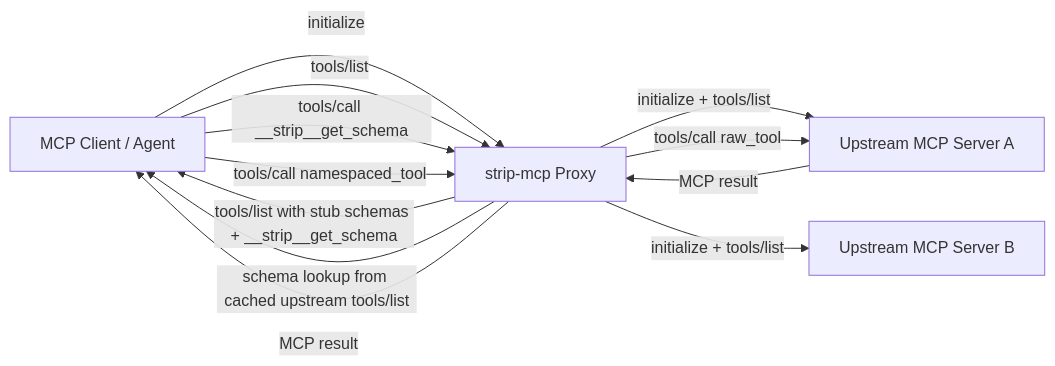
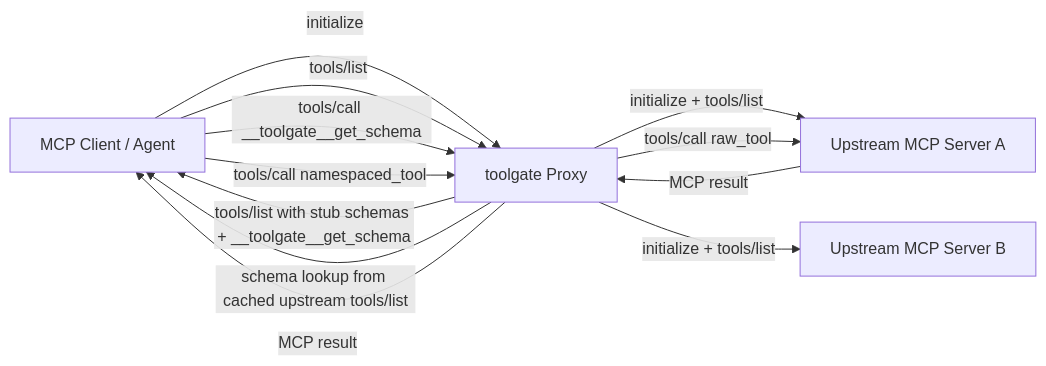
The second of 2 diagrams in docs/ARCHITECTURE.md (nomadbarefoot/strip-mcp), drawn with Mermaid before and after one commit. The commit also changed other lines of this file and 51 other files, not shown here.

````diff
--- a/docs/ARCHITECTURE.md
+++ b/docs/ARCHITECTURE.md
@@ -76,21 +76,21 @@
 ```mermaid
 flowchart LR
     C[MCP Client / Agent]
-    P[strip-mcp Proxy]
+    P[toolgate Proxy]
     S1[Upstream MCP Server A]
     S2[Upstream MCP Server B]
 
     C -- initialize --> P
     C -- tools/list --> P
     P -- initialize + tools/list --> S1
     P -- initialize + tools/list --> S2
-    P -- tools/list with stub schemas + __strip__get_schema --> C
+    P -- tools/list with stub schemas + __toolgate__get_schema --> C
 
-    C -- tools/call __strip__get_schema --> P
+    C -- tools/call __toolgate__get_schema --> P
     P -- schema lookup from cached upstream tools/list --> C
 
     C -- tools/call namespaced_tool --> P
     P -- tools/call raw_tool --> S1
     S1 -- MCP result --> P
     P -- MCP result --> C
 ```
````
